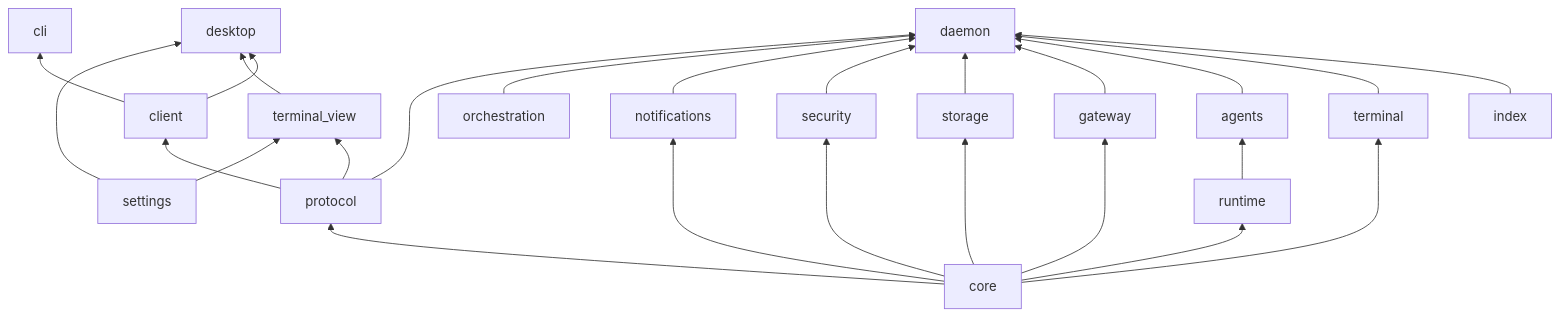
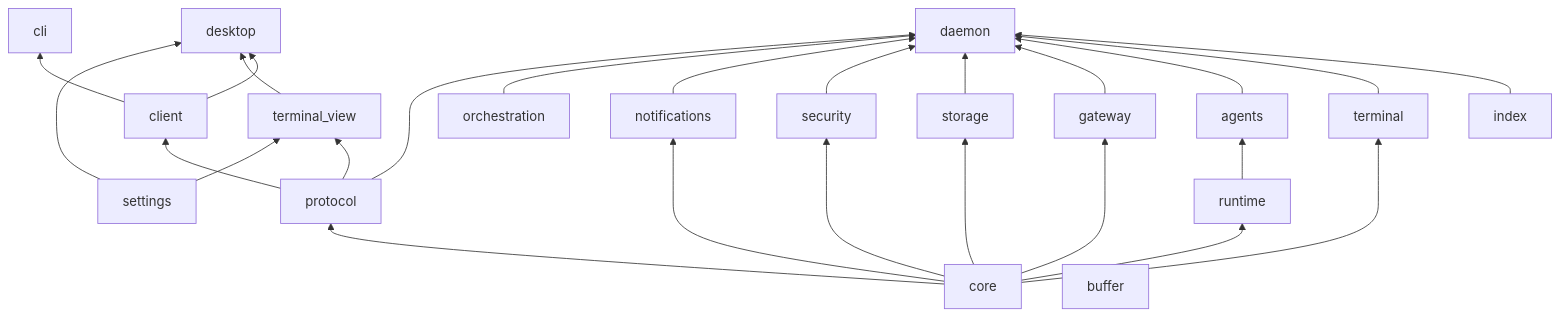
The second of 6 diagrams in docs/architecture.md (robertt3kuk/hutan), drawn with Mermaid before and after one commit. The commit also changed other lines of this file and 26 other files, not shown here.

````diff
--- a/docs/architecture.md
+++ b/docs/architecture.md
@@ -55,16 +56,17 @@
 ```mermaid
 flowchart BT
   core --> protocol
   protocol --> client
   client --> cli
   client --> desktop
   protocol --> terminal_view --> desktop
   settings --> desktop
   settings --> terminal_view
   core --> terminal & runtime & storage & security & notifications
+  buffer
   index --> daemon
   runtime --> agents
   core --> gateway
   terminal & agents & gateway & storage & security & notifications & orchestration --> daemon
   protocol --> daemon
 ```
````
